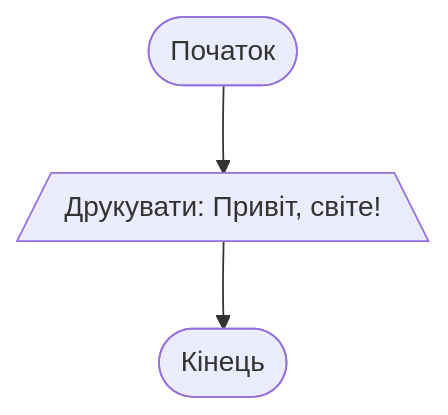
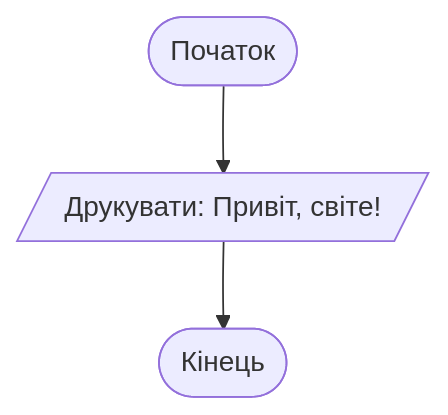
One commit to EugeneLoy/python-handbook changed the first of 2 diagrams in Блок-схеми - послідовне виконання, введення та виведення.md. Above: the diagram before and after it, drawn with Mermaid. The commit also changed other lines of this file, not shown here.

Commit message:
Fixed flowcharts

````diff
--- a/Блок-схеми - послідовне виконання, введення та виведення.md
+++ b/Блок-схеми - послідовне виконання, введення та виведення.md
@@ -20,9 +20,9 @@
 ```mermaid
 flowchart TD
     Start([Початок])
-    Output[/"Друкувати: Привіт, світе!"\]
+    Output[/"Друкувати: Привіт, світе!"/]
     End([Кінець])
     
     Start --> Output
     Output --> End
 ```
````
